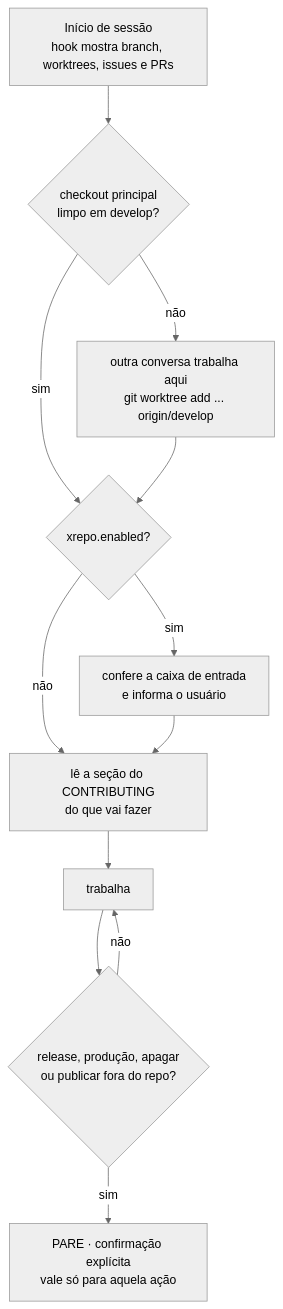
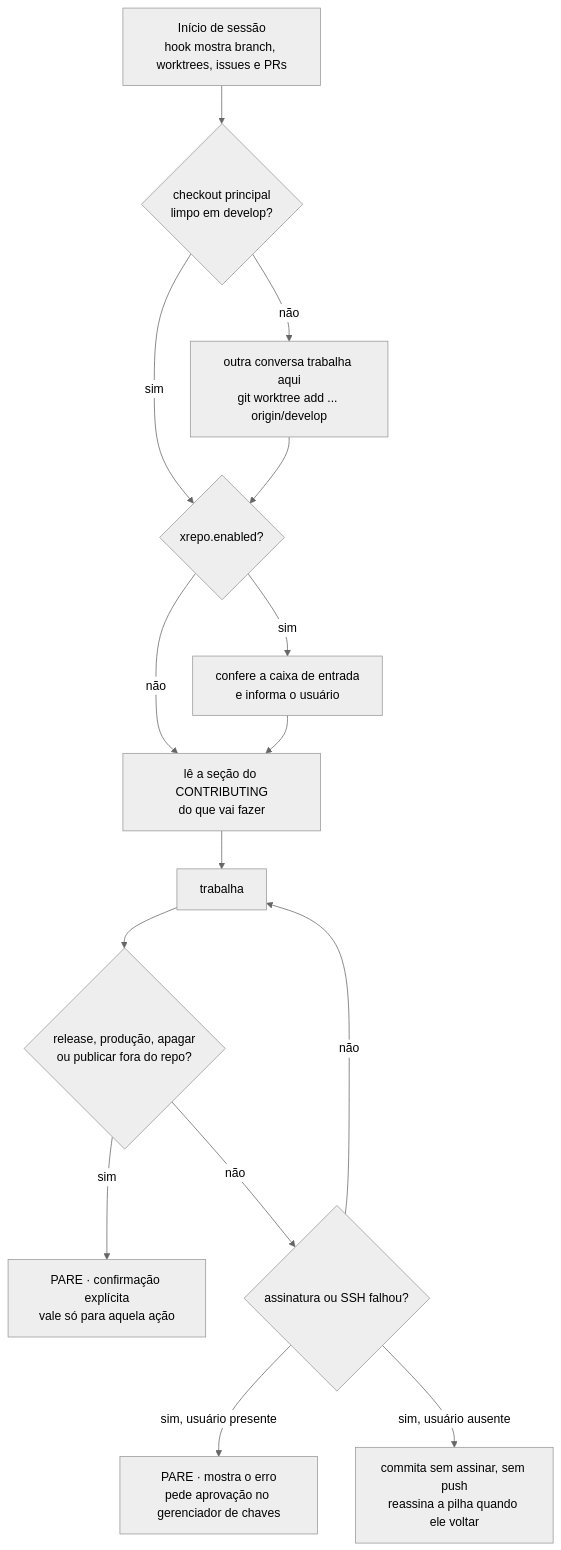
Before and after one commit to diego-castilho/dev-standards: diagram 11 of 13 in docs/REGRAS.md, drawn with Mermaid (neutral theme). The commit also changed other lines of this file and 30 other files, not shown here.

````diff
--- a/docs/REGRAS.md
+++ b/docs/REGRAS.md
@@ -333,14 +384,17 @@
 ```mermaid
 flowchart TD
   S["Início de sessão<br/>hook mostra branch, worktrees, issues e PRs"] --> L{"checkout principal<br/>limpo em develop?"}
   L -- não --> W["outra conversa trabalha aqui<br/>git worktree add ... origin/develop"]
   L -- sim --> X
   W --> X{"xrepo.enabled?"}
   X -- sim --> IN["confere a caixa de entrada<br/>e informa o usuário"]
   X -- não --> RD
   IN --> RD["lê a seção do CONTRIBUTING<br/>do que vai fazer"]
   RD --> T["trabalha"]
   T --> STOP{"release, produção, apagar<br/>ou publicar fora do repo?"}
   STOP -- sim --> P["PARE · confirmação explícita<br/>vale só para aquela ação"]
-  STOP -- não --> T
+  STOP -- não --> SIG{"assinatura ou SSH falhou?"}
+  SIG -- não --> T
+  SIG -- "sim, usuário presente" --> AP["PARE · mostra o erro<br/>pede aprovação no gerenciador de chaves"]
+  SIG -- "sim, usuário ausente" --> LOC["commita sem assinar, sem push<br/>reassina a pilha quando ele voltar"]
 ```
````
